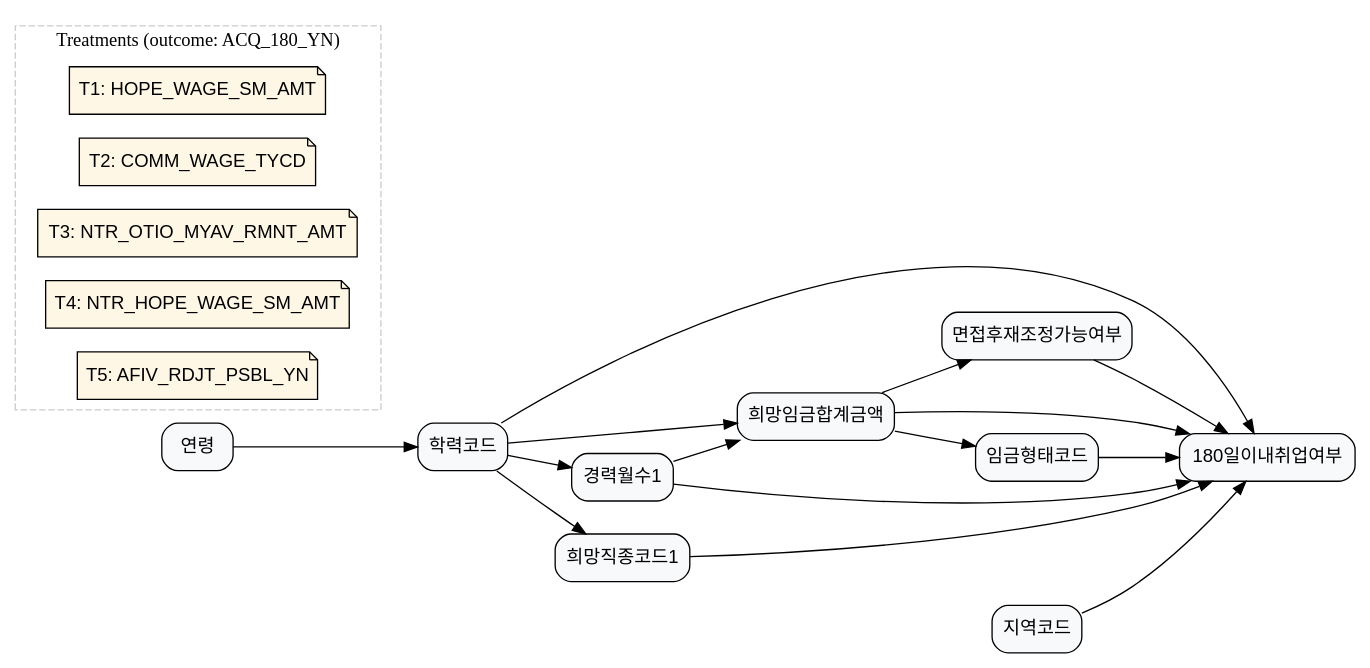
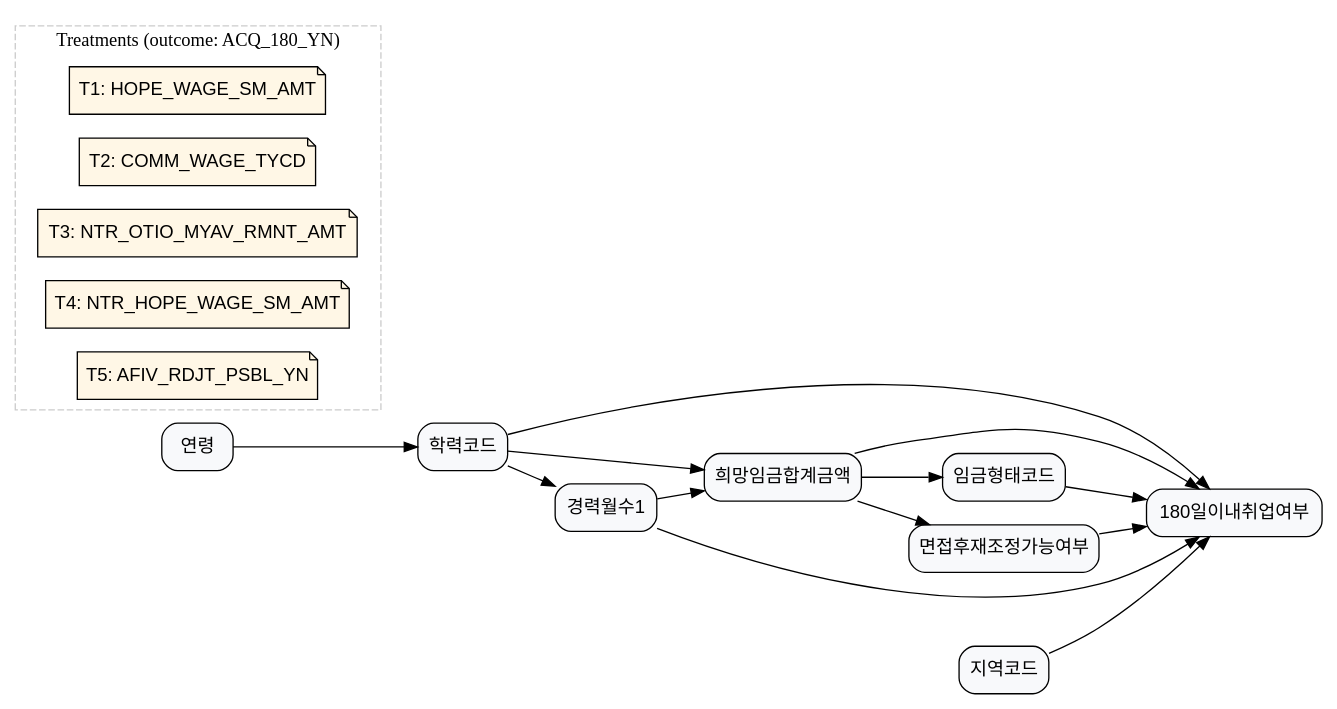
The diagram in laborlab_2/data/graph_data/graph_4.dot (KU-LIM-Lab/dowhy-deep), drawn with Graphviz before and after one commit. The commit also changed 67 other files, not shown here.

Commit message:
graph examined and updated. graph_31-40 newly added. graph visualization added

```diff
--- a/laborlab_2/data/graph_data/graph_4.dot
+++ b/laborlab_2/data/graph_data/graph_4.dot
@@ -1,39 +1,36 @@
 digraph G {
 rankdir=LR;
 node [fillcolor="#F8F9FB", fontname="Helvetica", shape=box, style="rounded,filled"];
 ACQ_180_YN [label="180일이내취업여부"];
 HOPE_WAGE_SM_AMT [label="희망임금합계금액"];
 COMM_WAGE_TYCD [label="임금형태코드"];
 AFIV_RDJT_PSBL_YN [label="면접후재조정가능여부"];
 AREA_CD [label="지역코드"];
-HOPE_JSCD1 [label="희망직종코드1"];
 ACCR_CD [label="학력코드"];
 CARR_MYCT1 [label="경력월수1"];
 AGE [label="연령"];
 AGE -> ACCR_CD;
 ACCR_CD -> CARR_MYCT1;
-ACCR_CD -> HOPE_JSCD1;
 ACCR_CD -> HOPE_WAGE_SM_AMT;
 CARR_MYCT1 -> HOPE_WAGE_SM_AMT;
 HOPE_WAGE_SM_AMT -> COMM_WAGE_TYCD;
 HOPE_WAGE_SM_AMT -> AFIV_RDJT_PSBL_YN;
 HOPE_WAGE_SM_AMT -> ACQ_180_YN;
 COMM_WAGE_TYCD -> ACQ_180_YN;
 AFIV_RDJT_PSBL_YN -> ACQ_180_YN;
 ACCR_CD -> ACQ_180_YN;
 CARR_MYCT1 -> ACQ_180_YN;
 AREA_CD -> ACQ_180_YN;
-HOPE_JSCD1 -> ACQ_180_YN;
 subgraph cluster_treatments {
 color="#CCCCCC";
 label="Treatments (outcome: ACQ_180_YN)";
 style=dashed;
 node [fillcolor="#FFF7E6", fontname="Helvetica", shape=note, style="rounded,filled"];
 T1 [label="T1: HOPE_WAGE_SM_AMT", role="treatment_meta", treatment_def="희망임금 수준 차이의 효과", treatment_name="HOPE_WAGE_SM_AMT", treatment_question="희망임금이 높은 사람과 낮은 사람의 6개월 내 취업 확률 차이?", treatment_var="HOPE_WAGE_SM_AMT"];
 T2 [label="T2: COMM_WAGE_TYCD", role="treatment_meta", treatment_def="임금형태코드 차이의 효과", treatment_name="COMM_WAGE_TYCD", treatment_question="임금형태(월급/시급 등)가 다른 구직자 간 6개월 내 취업 확률 차이?", treatment_var="COMM_WAGE_TYCD"];
 T3 [label="T3: NTR_OTIO_MYAV_RMNT_AMT", role="treatment_meta", treatment_def="직종×지역 중앙입직임금 수준 차이의 효과", treatment_name="NTR_OTIO_MYAV_RMNT_AMT", treatment_question="중앙 입직임금이 높은 환경과 낮은 환경의 구직자 6개월 내 취업 확률 차이?", treatment_var="NTR_OTIO_MYAV_RMNT_AMT"];
 T4 [label="T4: NTR_HOPE_WAGE_SM_AMT", role="treatment_meta", treatment_def="직종×지역 중앙희망임금 수준 차이의 효과", treatment_name="NTR_HOPE_WAGE_SM_AMT", treatment_question="주변 구직자들의 중앙 희망임금이 높은 환경과 낮은 환경에서의 6개월 내 취업 확률 차이?", treatment_var="NTR_HOPE_WAGE_SM_AMT"];
 T5 [label="T5: AFIV_RDJT_PSBL_YN", role="treatment_meta", treatment_def="면접후재조정가능여부 차이의 효과", treatment_name="AFIV_RDJT_PSBL_YN", treatment_question="임금 재조정이 가능하다고 응답한 사람과 불가능하다고 응답한 사람의 6개월 내 취업 확률 차이?", treatment_var="AFIV_RDJT_PSBL_YN"];
 }
 
 }
```
